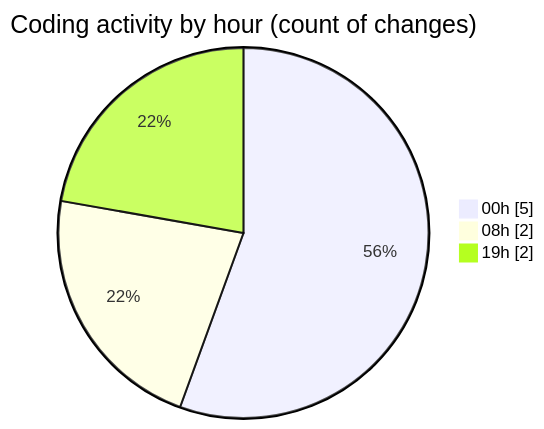
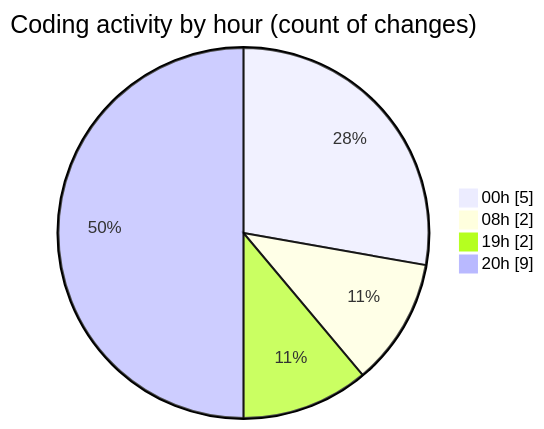
The second of 2 diagrams in 2025-04-01/product-detail-page/README.md (Elitesun/code-tracking), drawn with Mermaid before and after one commit. The commit also changed other lines of this file and 1 other file, not shown here.

````diff
--- a/2025-04-01/product-detail-page/README.md
+++ b/2025-04-01/product-detail-page/README.md
@@ -32,7 +35,8 @@
 ```mermaid
 pie showData
 title Coding activity by hour (count of changes)
 "00h" : 5
 "08h" : 2
 "19h" : 2
+"20h" : 9
 ```
````
